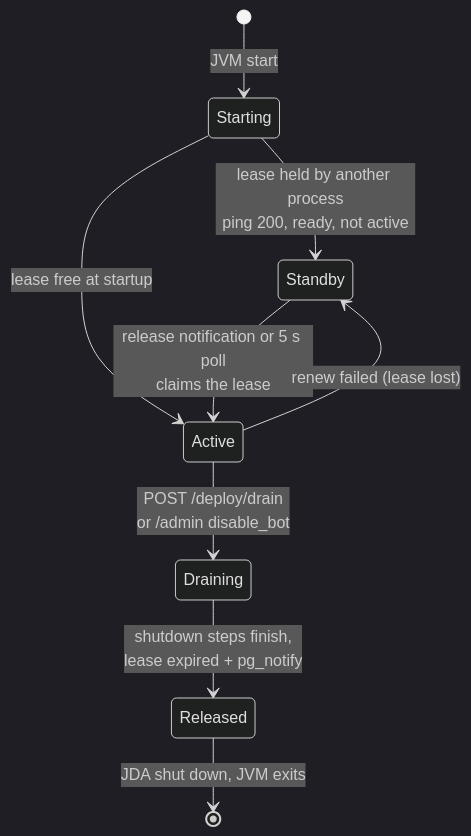
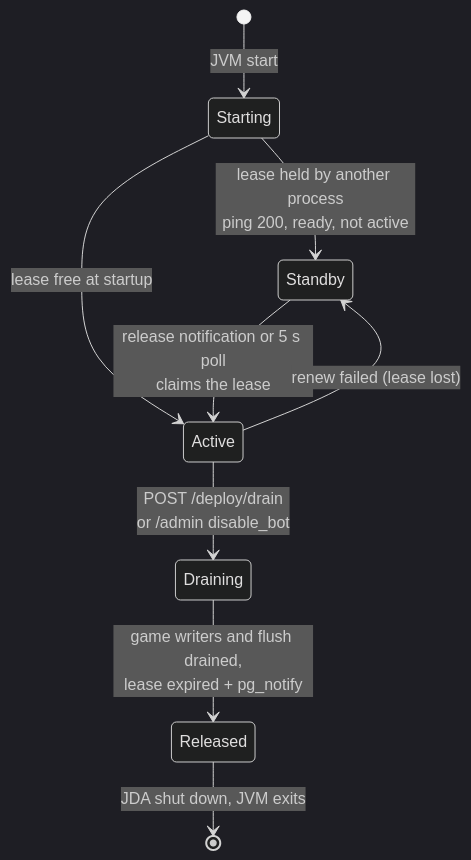
Before and after one commit to AsyncTI4/TI4_map_generator_bot: the fourth of 5 diagrams in DEPLOYMENT.md, drawn with Mermaid (dark theme). The commit also changed other lines of this file and 14 other files, not shown here.

Commit message:
Release the active lease once game file writers have drained (#6130)

````diff
--- a/DEPLOYMENT.md
+++ b/DEPLOYMENT.md
@@ -161,11 +161,11 @@
 ```mermaid
 stateDiagram-v2
     [*] --> Starting: JVM start
     Starting --> Standby: lease held by another process<br/>ping 200, ready, not active
     Starting --> Active: lease free at startup
     Standby --> Active: release notification or 5 s poll<br/>claims the lease
     Active --> Standby: renew failed (lease lost)
     Active --> Draining: POST /deploy/drain<br/>or /admin disable_bot
-    Draining --> Released: shutdown steps finish,<br/>lease expired + pg_notify
+    Draining --> Released: game writers and flush drained,<br/>lease expired + pg_notify
     Released --> [*]: JDA shut down, JVM exits
 ```
````
